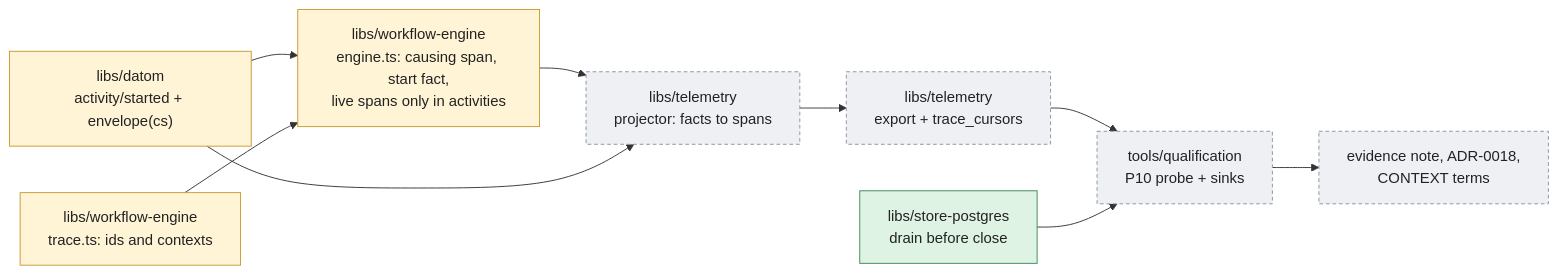
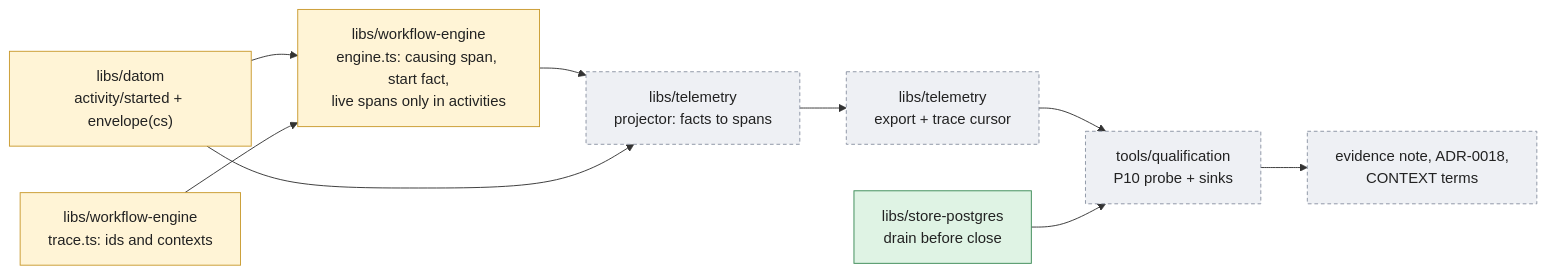
The eighth of 8 diagrams in docs/evidence/p10-design-review.md (pietgk/viviefs), drawn with Mermaid before and after one commit. The commit also changed other lines of this file and 13 other files, not shown here.

First line of the commit message:
Hold compaction for trace cursors and bound each export tick.

````diff
--- a/docs/evidence/p10-design-review.md
+++ b/docs/evidence/p10-design-review.md
@@ -271,23 +271,23 @@
 ```mermaid
 flowchart LR
   V["libs/datom<br/>activity/started + envelope(cs)"]
   TR["libs/workflow-engine<br/>trace.ts: ids and contexts"]
   EN["libs/workflow-engine<br/>engine.ts: causing span, start fact,<br/>live spans only in activities"]
   PG["libs/store-postgres<br/>drain before close"]
   PJ["libs/telemetry<br/>projector: facts to spans"]
-  EX["libs/telemetry<br/>export + trace_cursors"]
+  EX["libs/telemetry<br/>export + trace cursor"]
   PR["tools/qualification<br/>P10 probe + sinks"]
   DOC["evidence note, ADR-0018,<br/>CONTEXT terms"]
   V --> EN
   TR --> EN
   EN --> PJ
   V --> PJ
   PJ --> EX --> PR --> DOC
   PG --> PR
   classDef changed fill:#fff4d6,stroke:#c99a2e,color:#222
   classDef committed fill:#dff3e4,stroke:#3a8a55,color:#222
   classDef planned fill:#eef0f4,stroke:#8a93a3,color:#222,stroke-dasharray: 4 3
   class V,TR,EN changed
   class PG committed
   class PJ,EX,PR,DOC planned
 ```
````
